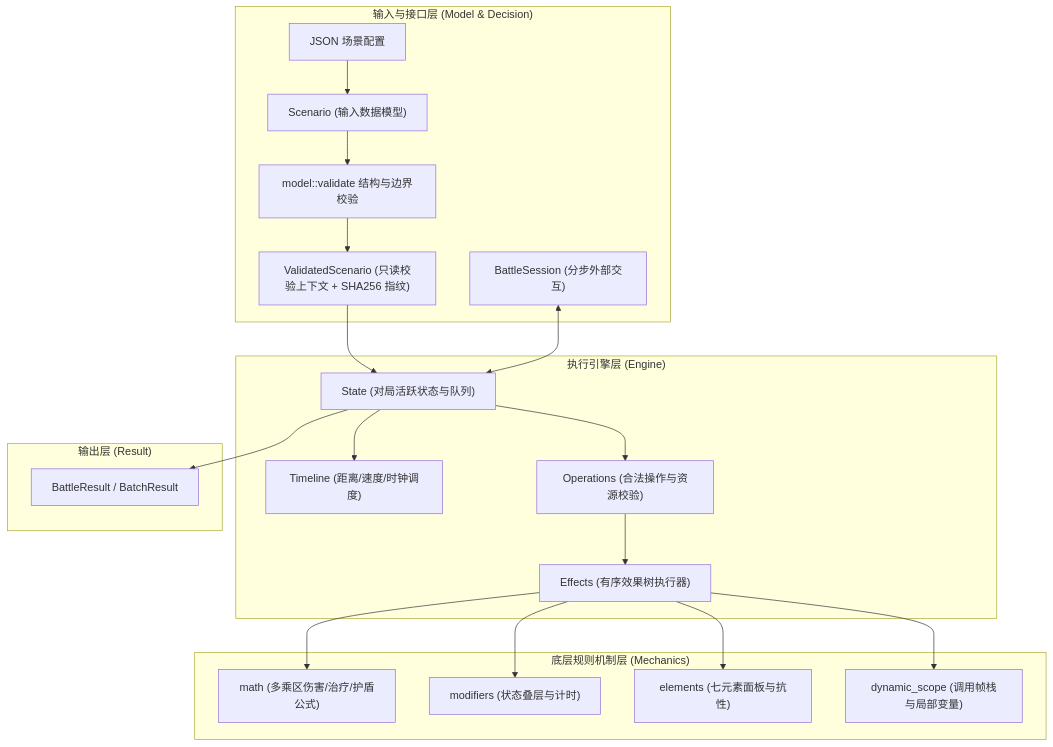
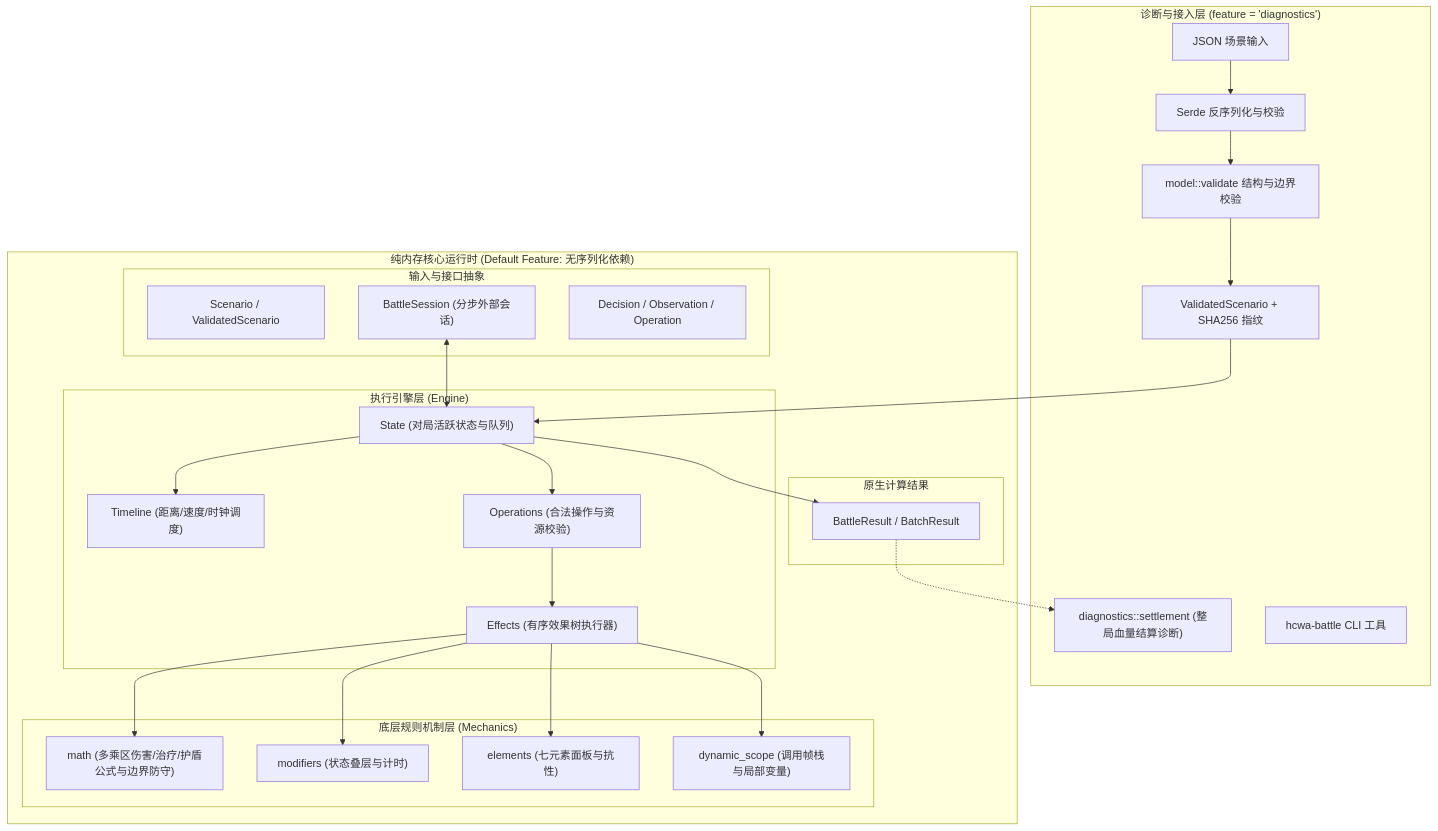
Before and after one commit to Sakura-Ex/Hyacimicon: the first of 3 diagrams in docs/modules/battle-simulation/design.md, drawn with Mermaid. The commit also changed other lines of this file and 4 other files, not shown here.

Commit message:
docs(battle): align documentation with runtime-diagnostics separation and equipment effects

````diff
--- a/docs/modules/battle-simulation/design.md
+++ b/docs/modules/battle-simulation/design.md
@@ -11,38 +11,48 @@
 ```mermaid
 flowchart TD
-    subgraph Input["输入与接口层 (Model & Decision)"]
-        RawJSON["JSON 场景配置"] --> Scenario["Scenario (输入数据模型)"]
-        Scenario --> Validate["model::validate 结构与边界校验"]
-        Validate --> Validated["ValidatedScenario (只读校验上下文 + SHA256 指纹)"]
-        SessionAPI["BattleSession (分步外部交互)"]
+    subgraph DiagnosticsLayer["诊断与接入层 (feature = 'diagnostics')"]
+        RawJSON["JSON 场景输入"] --> Deserialize["Serde 反序列化与校验"]
+        Deserialize --> Validate["model::validate 结构与边界校验"]
+        Validate --> Validated["ValidatedScenario + SHA256 指纹"]
+        DiagSettlement["diagnostics::settlement (整局血量结算诊断)"]
+        CLI["hcwa-battle CLI 工具"]
     end
 
-    subgraph Engine["执行引擎层 (Engine)"]
-        State["State (对局活跃状态与队列)"]
-        Timeline["Timeline (距离/速度/时钟调度)"]
-        Operations["Operations (合法操作与资源校验)"]
-        Effects["Effects (有序效果树执行器)"]
-    end
+    subgraph CoreRuntime["纯内存核心运行时 (Default Feature: 无序列化依赖)"]
+        subgraph InputTypes["输入与接口抽象"]
+            ScenarioModel["Scenario / ValidatedScenario"]
+            SessionAPI["BattleSession (分步外部会话)"]
+            DecisionModel["Decision / Observation / Operation"]
+        end
 
-    subgraph Mechanics["底层规则机制层 (Mechanics)"]
-        Math["math (多乘区伤害/治疗/护盾公式)"]
-        Modifiers["modifiers (状态叠层与计时)"]
-        Elements["elements (七元素面板与抗性)"]
-        Scope["dynamic_scope (调用帧栈与局部变量)"]
-    end
+        subgraph Engine["执行引擎层 (Engine)"]
+            State["State (对局活跃状态与队列)"]
+            Timeline["Timeline (距离/速度/时钟调度)"]
+            Operations["Operations (合法操作与资源校验)"]
+            Effects["Effects (有序效果树执行器)"]
+        end
 
-    subgraph Output["输出层 (Result)"]
-        Result["BattleResult / BatchResult"]
+        subgraph Mechanics["底层规则机制层 (Mechanics)"]
+            Math["math (多乘区伤害/治疗/护盾公式与边界防守)"]
+            Modifiers["modifiers (状态叠层与计时)"]
+            Elements["elements (七元素面板与抗性)"]
+            Scope["dynamic_scope (调用帧栈与局部变量)"]
+        end
+
+        subgraph Output["原生计算结果"]
+            NativeResult["BattleResult / BatchResult"]
+        end
     end
 
     Validated --> State
     SessionAPI <--> State
     State --> Timeline
     State --> Operations
     Operations --> Effects
     Effects --> Math
     Effects --> Modifiers
     Effects --> Elements
     Effects --> Scope
-    State --> Result
+    State --> NativeResult
+    NativeResult -.-> DiagSettlement
 ```
````
